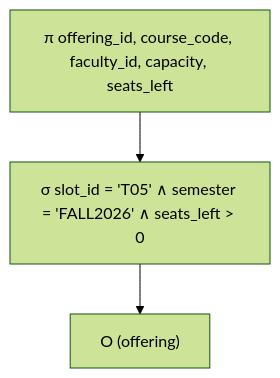
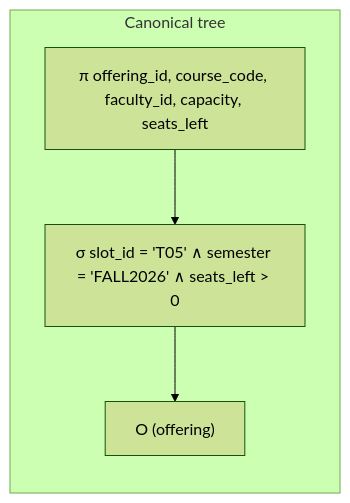
Before and after one commit to ir1101/SlotRush: the third of 10 diagrams in docs/query-processing.md, drawn with Mermaid (forest theme). The commit also changed other lines of this file, not shown here.

Commit message:
Query trees: canonical and optimised for Q2 and Q4; draw every tree top-down

````diff
--- a/docs/query-processing.md
+++ b/docs/query-processing.md
@@ -144,4 +162,7 @@
 ```mermaid
 flowchart TB
-    p["π offering_id, course_code, faculty_id, capacity, seats_left"] --> s["σ slot_id = 'T05' ∧ semester = 'FALL2026' ∧ seats_left > 0"] --> O["O (offering)"]
+    subgraph canonical["Canonical tree"]
+        direction TB
+        p1["π offering_id, course_code, faculty_id, capacity, seats_left"] --> s1["σ slot_id = 'T05' ∧ semester = 'FALL2026' ∧ seats_left > 0"] --> O1["O (offering)"]
+    end
 ```
````
